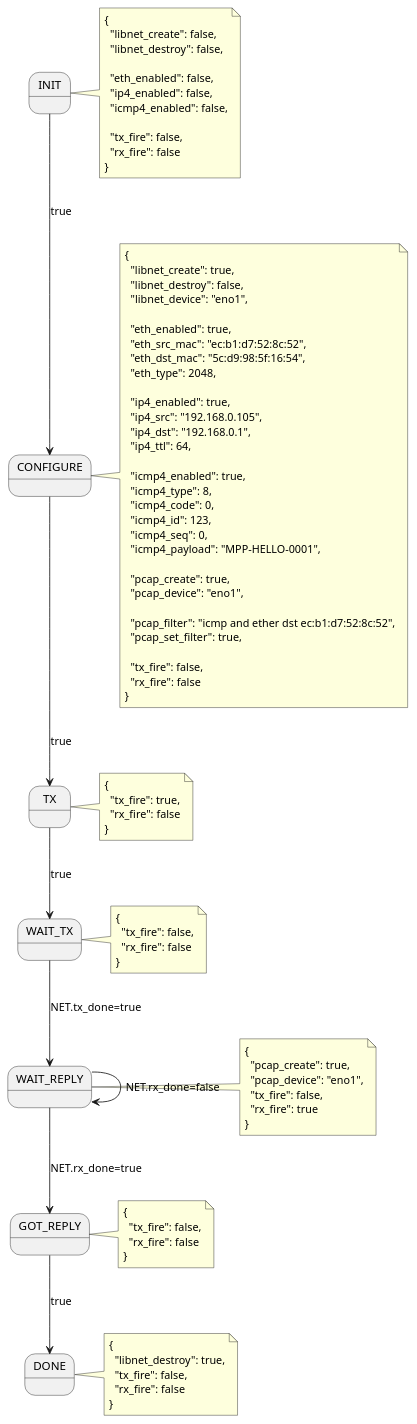
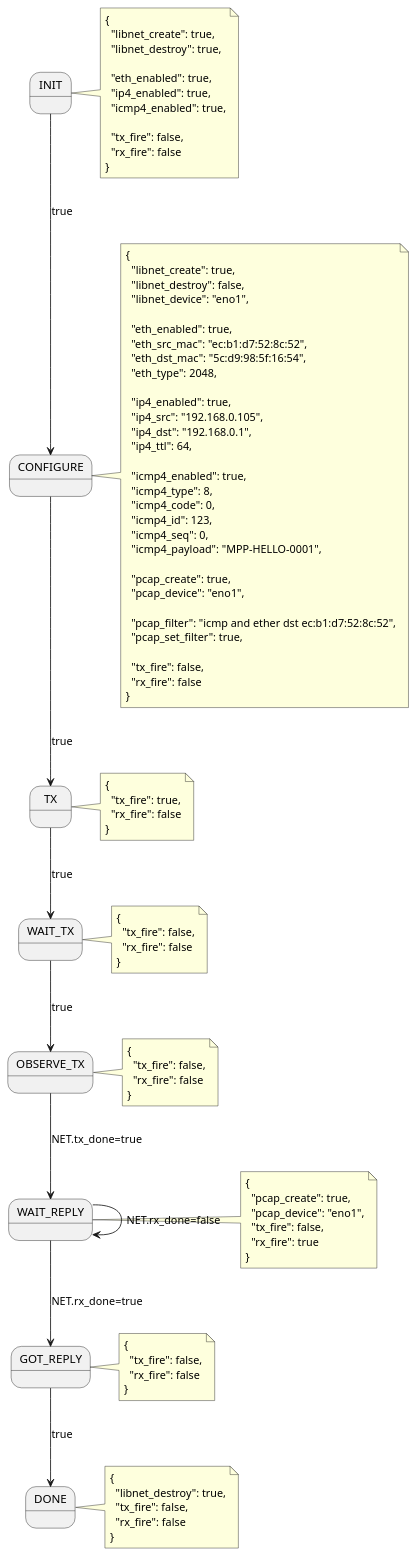
One commit to ambersoj/net changed the diagram in ping.puml. Above: the diagram before and after it, drawn with PlantUML.

Commit message:
Next commit

```diff
--- a/ping.puml
+++ b/ping.puml
@@ -1,105 +1,114 @@
 @startuml
 
 state INIT
 state CONFIGURE
 state TX
 state WAIT_TX
+state OBSERVE_TX
 state WAIT_REPLY
 state GOT_REPLY
 state DONE
 
 INIT --> CONFIGURE : true
 CONFIGURE --> TX : true
 TX --> WAIT_TX : true
-WAIT_TX --> WAIT_REPLY : NET.tx_done=true
+WAIT_TX --> OBSERVE_TX : true
+OBSERVE_TX --> WAIT_REPLY : NET.tx_done=true
 WAIT_REPLY --> WAIT_REPLY : NET.rx_done=false
 WAIT_REPLY --> GOT_REPLY : NET.rx_done=true
 GOT_REPLY --> DONE : true
 
 note right of INIT
 {
-  "libnet_create": false,
-  "libnet_destroy": false,
+  "libnet_create": true,
+  "libnet_destroy": true,
 
-  "eth_enabled": false,
-  "ip4_enabled": false,
-  "icmp4_enabled": false,
+  "eth_enabled": true,
+  "ip4_enabled": true,
+  "icmp4_enabled": true,
 
   "tx_fire": false,
   "rx_fire": false
 }
 end note
 
 note right of CONFIGURE
 {
   "libnet_create": true,
   "libnet_destroy": false,
   "libnet_device": "eno1",
 
   "eth_enabled": true,
   "eth_src_mac": "ec:b1:d7:52:8c:52",
   "eth_dst_mac": "5c:d9:98:5f:16:54",
   "eth_type": 2048,
 
   "ip4_enabled": true,
   "ip4_src": "192.168.0.105",
   "ip4_dst": "192.168.0.1",
   "ip4_ttl": 64,
 
   "icmp4_enabled": true,
   "icmp4_type": 8,
   "icmp4_code": 0,
   "icmp4_id": 123,
   "icmp4_seq": 0,
   "icmp4_payload": "MPP-HELLO-0001",
 
   "pcap_create": true,
   "pcap_device": "eno1",
 
   "pcap_filter": "icmp and ether dst ec:b1:d7:52:8c:52",
   "pcap_set_filter": true,
 
   "tx_fire": false,
   "rx_fire": false
 }
 end note
 
 note right of TX
 {
   "tx_fire": true,
   "rx_fire": false
 }
 end note
 
 note right of WAIT_TX
 {
   "tx_fire": false,
   "rx_fire": false
 }
 end note
 
+note right of OBSERVE_TX
+{
+  "tx_fire": false,
+  "rx_fire": false
+}
+end note
+
 note right of WAIT_REPLY
 {
   "pcap_create": true,
   "pcap_device": "eno1",
   "tx_fire": false,
   "rx_fire": true
 }
 end note
 
 note right of GOT_REPLY
 {
   "tx_fire": false,
   "rx_fire": false
 }
 end note
 
 note right of DONE
 {
   "libnet_destroy": true,
   "tx_fire": false,
   "rx_fire": false
 }
 end note
 
 @enduml
```
